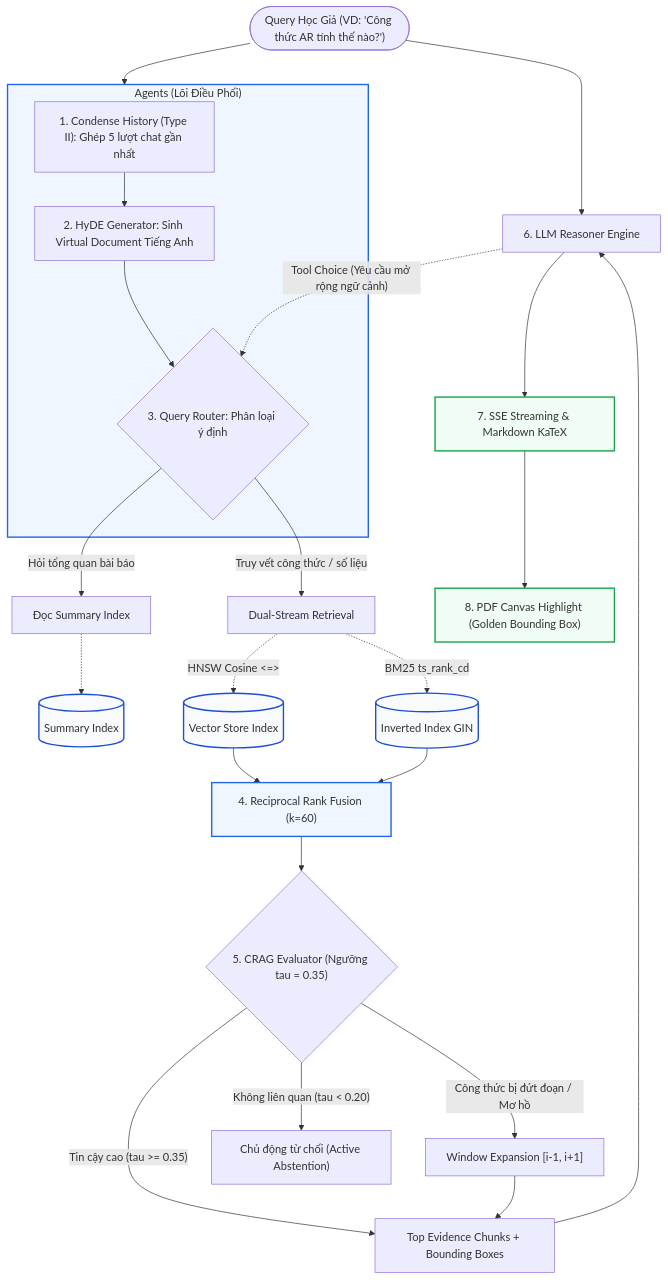
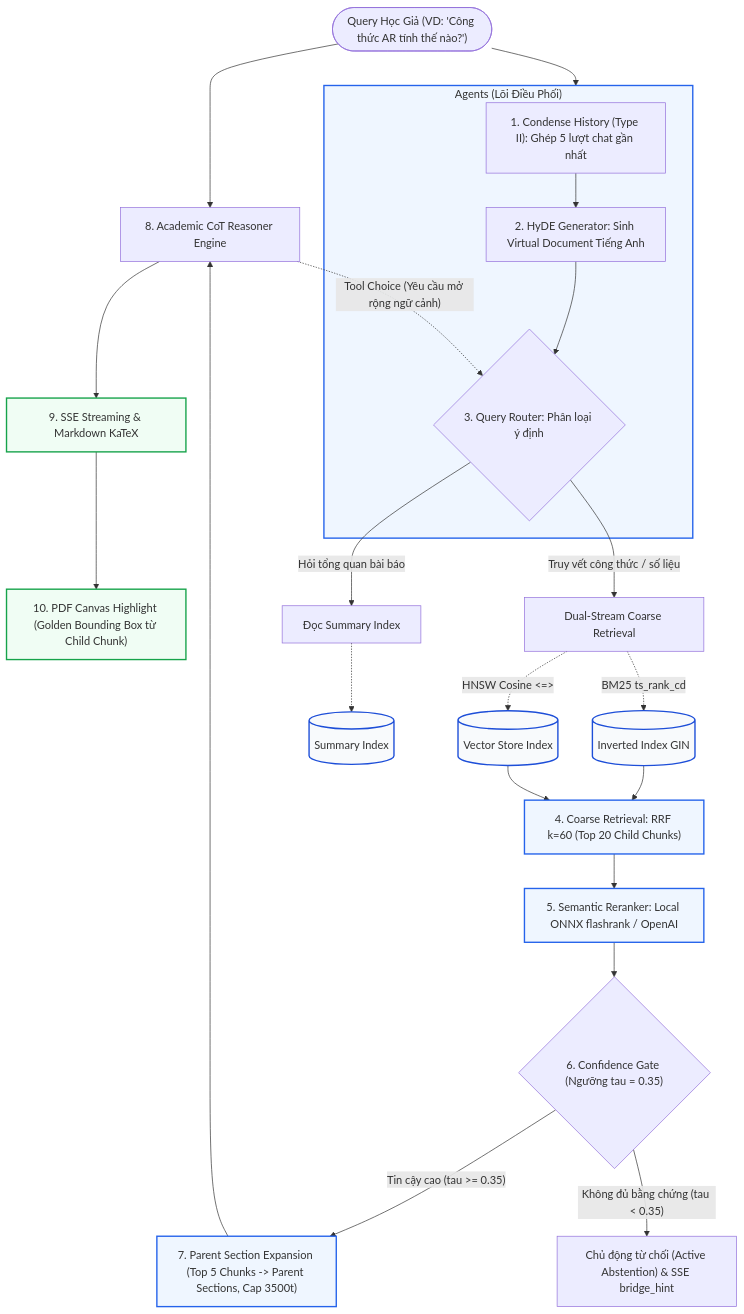
Before and after one commit to dammanhdungvn/VeriScholar: the second of 3 diagrams in docs/specs/03-sessions-and-deep-reading-spec.md, drawn with Mermaid. The commit also changed other lines of this file and 2 other files, not shown here.

Commit message:
docs(specs): update deep reading spec with sota 3-stage advanced rag architecture

````diff
--- a/docs/specs/03-sessions-and-deep-reading-spec.md
+++ b/docs/specs/03-sessions-and-deep-reading-spec.md
@@ -76,41 +76,41 @@
 ```mermaid
 flowchart TD
     UserQuery(["Query Học Giả (VD: 'Công thức AR tính thế nào?')"]) --> AgentBox
 
     subgraph AgentBox ["Agents (Lõi Điều Phối)"]
         Condense["1. Condense History (Type II): Ghép 5 lượt chat gần nhất"] --> HyDE["2. HyDE Generator: Sinh Virtual Document Tiếng Anh"]
         HyDE --> Router{"3. Query Router: Phân loại ý định"}
     end
 
     %% Định tuyến
     Router -->|"Hỏi tổng quan bài báo"| ReadSummary["Đọc Summary Index"]
-    Router -->|"Truy vết công thức / số liệu"| HybridRetriever["Dual-Stream Retrieval"]
+    Router -->|"Truy vết công thức / số liệu"| HybridRetriever["Dual-Stream Coarse Retrieval"]
 
     %% Đọc từ kho dữ liệu đã được Tầng 1 chuẩn bị
     ReadSummary -.-> SumStore[("Summary Index")]
     HybridRetriever -.->|"HNSW Cosine <=>"| VecStore[("Vector Store Index")]
     HybridRetriever -.->|"BM25 ts_rank_cd"| FTSStore[("Inverted Index GIN")]
 
-    %% Reranking & CRAG
-    VecStore & FTSStore --> RRF["4. Reciprocal Rank Fusion (k=60)"]
-    RRF --> CRAG{"5. CRAG Evaluator (Ngưỡng tau = 0.35)"}
+    %% Two-Stage Retrieval: RRF Coarse -> Semantic Reranking
+    VecStore & FTSStore --> RRF["4. Coarse Retrieval: RRF k=60 (Top 20 Child Chunks)"]
+    RRF --> Rerank["5. Semantic Reranker: Local ONNX flashrank / OpenAI"]
+    Rerank --> Gate{"6. Confidence Gate (Ngưỡng tau = 0.35)"}
     
-    CRAG -->|"Tin cậy cao (tau >= 0.35)"| EvidencePack["Top Evidence Chunks + Bounding Boxes"]
-    CRAG -->|"Công thức bị đứt đoạn / Mơ hồ"| Expand["Window Expansion [i-1, i+1]"] --> EvidencePack
-    CRAG -->|"Không liên quan (tau < 0.20)"| Abstain["Chủ động từ chối (Active Abstention)"]
+    Gate -->|"Tin cậy cao (tau >= 0.35)"| ParentExp["7. Parent Section Expansion (Top 5 Chunks -> Parent Sections, Cap 3500t)"]
+    Gate -->|"Không đủ bằng chứng (tau < 0.35)"| Abstain["Chủ động từ chối (Active Abstention) & SSE bridge_hint"]
 
     %% Sinh câu trả lời & Thị giác
-    EvidencePack --> LLM["6. LLM Reasoner Engine"]
+    ParentExp --> LLM["8. Academic CoT Reasoner Engine"]
     UserQuery --> LLM
     LLM -.->|"Tool Choice (Yêu cầu mở rộng ngữ cảnh)"| Router
     
-    LLM --> StreamOut["7. SSE Streaming & Markdown KaTeX"]
-    StreamOut --> Canvas["8. PDF Canvas Highlight (Golden Bounding Box)"]
+    LLM --> StreamOut["9. SSE Streaming & Markdown KaTeX"]
+    StreamOut --> Canvas["10. PDF Canvas Highlight (Golden Bounding Box từ Child Chunk)"]
 
     classDef agentStyle fill:#eff6ff,stroke:#2563eb,stroke-width:2px;
     classDef storageStyle fill:#f8fafc,stroke:#1d4ed8,stroke-width:2px;
     classDef viewStyle fill:#f0fdf4,stroke:#16a34a,stroke-width:2px;
-    class AgentBox,RRF agentStyle;
+    class AgentBox,RRF,Rerank,ParentExp agentStyle;
     class SumStore,VecStore,FTSStore storageStyle;
     class Canvas,StreamOut viewStyle;
 ```
````
